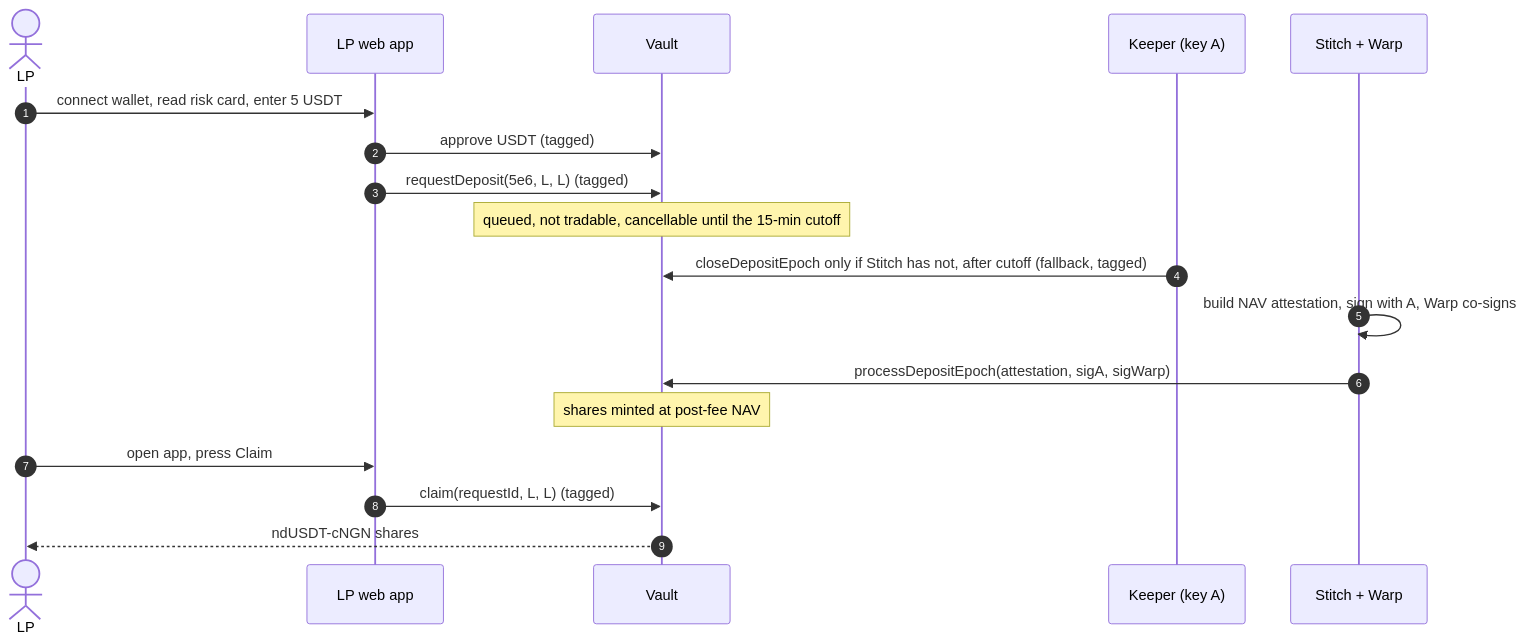
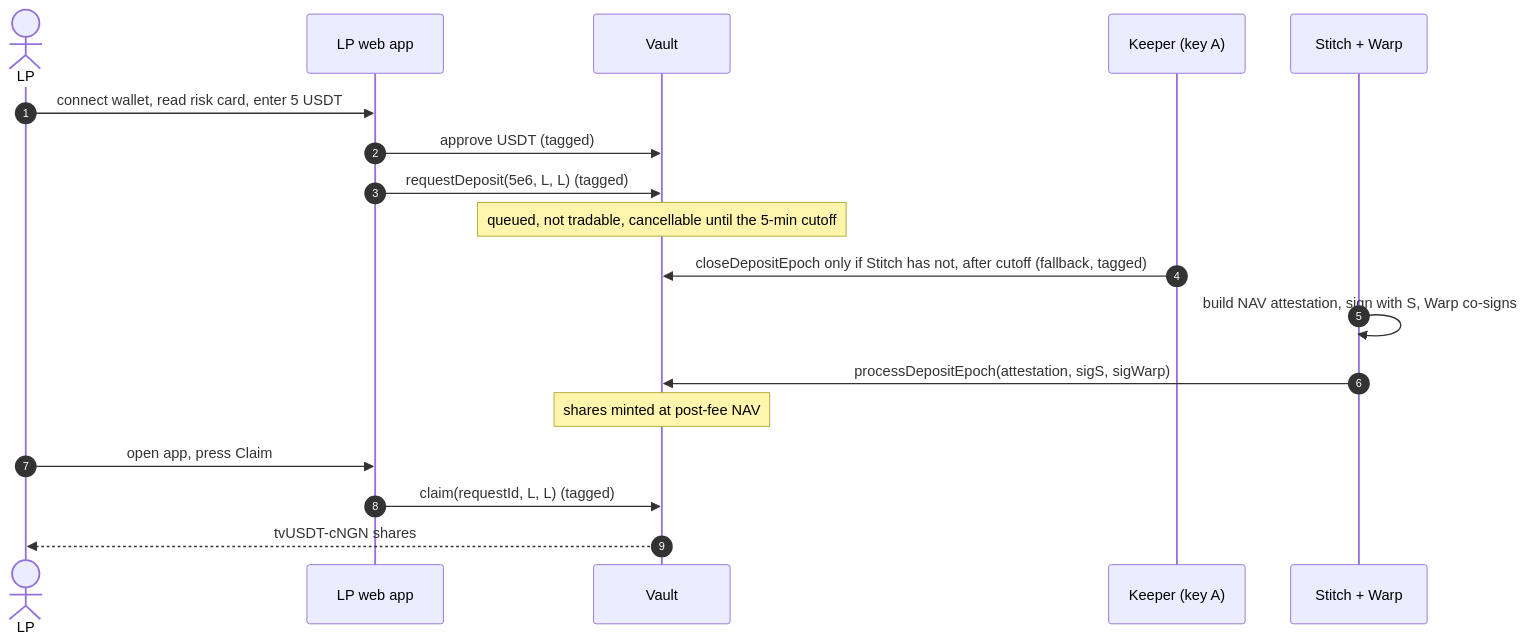
One commit to Kanasjnr/naira-desk changed the sixth of 16 diagrams in docs/ARCHITECTURE.md. Above: the diagram before and after it, drawn with Mermaid. The commit also changed other lines of this file, not shown here.

````diff
--- a/docs/ARCHITECTURE.md
+++ b/docs/ARCHITECTURE.md
@@ -288,20 +295,20 @@
 ```mermaid
 sequenceDiagram
   autonumber
   actor L as LP
   participant A as LP web app
   participant V as Vault
   participant K as Keeper (key A)
   participant N as Stitch + Warp
   L->>A: connect wallet, read risk card, enter 5 USDT
   A->>V: approve USDT (tagged)
   A->>V: requestDeposit(5e6, L, L) (tagged)
-  Note over V: queued, not tradable, cancellable until the 15-min cutoff
+  Note over V: queued, not tradable, cancellable until the 5-min cutoff
   K->>V: closeDepositEpoch only if Stitch has not, after cutoff (fallback, tagged)
-  N->>N: build NAV attestation, sign with A, Warp co-signs
-  N->>V: processDepositEpoch(attestation, sigA, sigWarp)
+  N->>N: build NAV attestation, sign with S, Warp co-signs
+  N->>V: processDepositEpoch(attestation, sigS, sigWarp)
   Note over V: shares minted at post-fee NAV
   L->>A: open app, press Claim
   A->>V: claim(requestId, L, L) (tagged)
-  V-->>L: ndUSDT-cNGN shares
+  V-->>L: tvUSDT-cNGN shares
 ```
````
